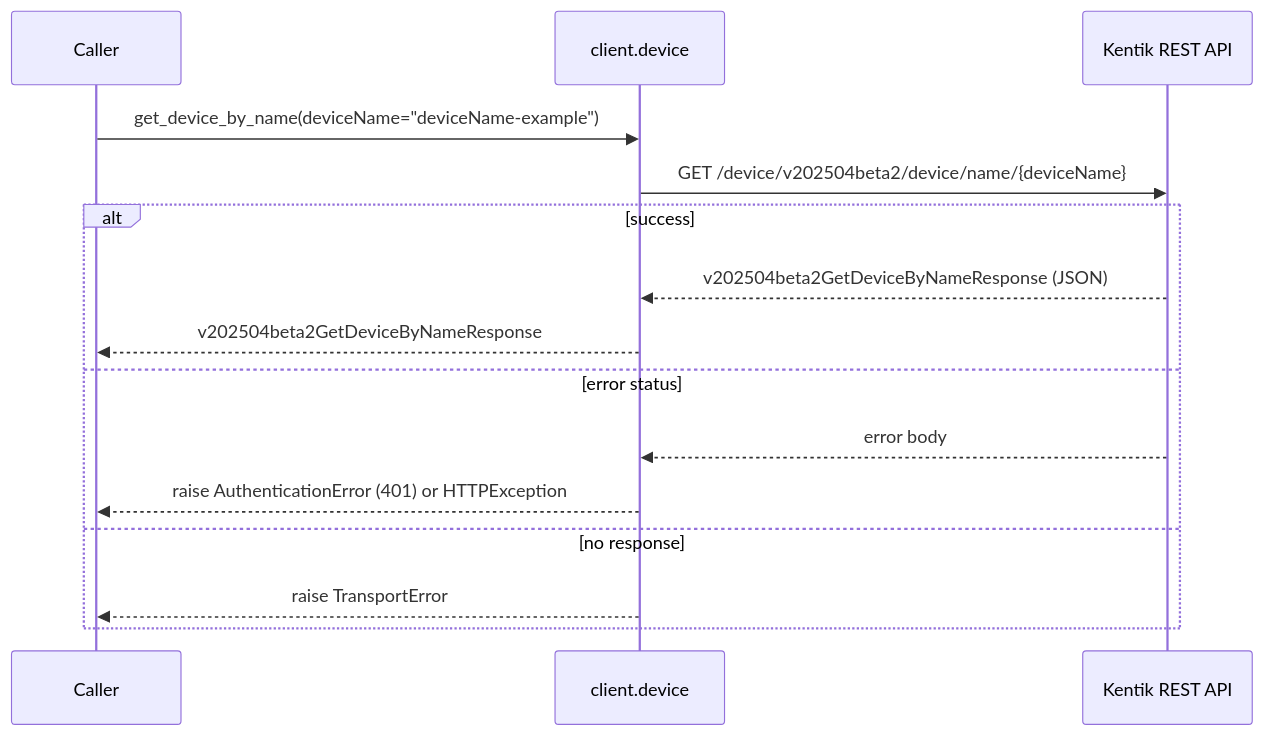
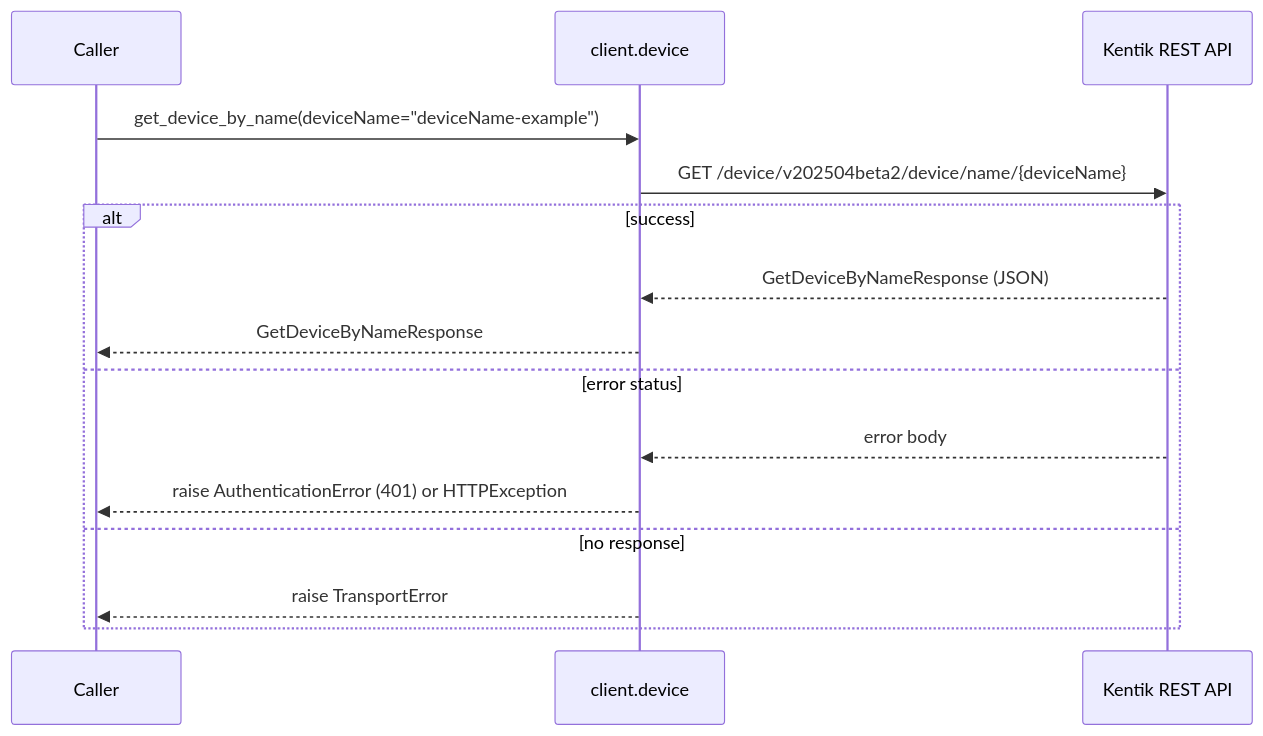
Before and after one commit to alexdearaujo/community_sdk_python: diagram 12 of 22 in docs/sphinx/services/device.md, drawn with Mermaid. The commit also changed other lines of this file and 38 other files, not shown here.

````diff
--- a/docs/sphinx/services/device.md
+++ b/docs/sphinx/services/device.md
@@ -417,18 +417,18 @@
 ```mermaid
 sequenceDiagram
     participant C as Caller
     participant W as client.device
     participant API as Kentik REST API
 
     C->>W: get_device_by_name(deviceName="deviceName-example")
     W->>API: GET /device/v202504beta2/device/name/{deviceName}
     alt success
-        API-->>W: v202504beta2GetDeviceByNameResponse (JSON)
-        W-->>C: v202504beta2GetDeviceByNameResponse
+        API-->>W: GetDeviceByNameResponse (JSON)
+        W-->>C: GetDeviceByNameResponse
     else error status
         API-->>W: error body
         W-->>C: raise AuthenticationError (401) or HTTPException
     else no response
         W-->>C: raise TransportError
     end
 ```
````
